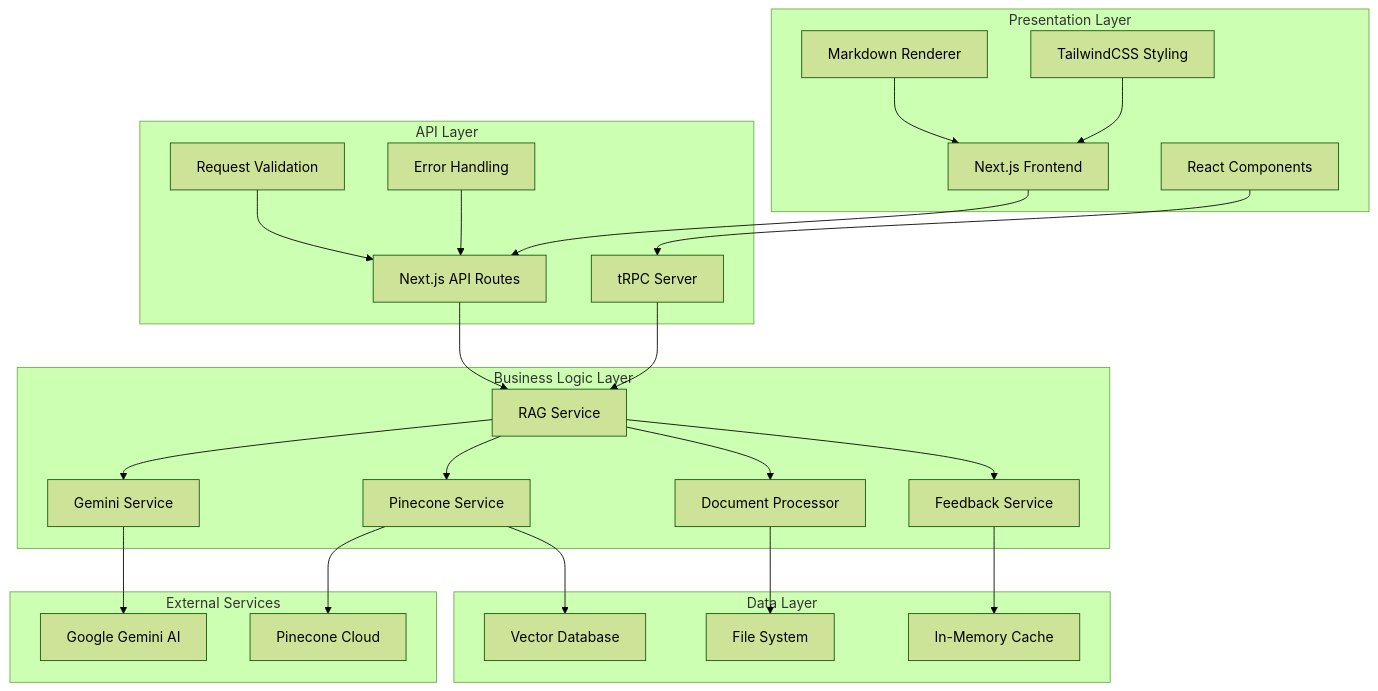
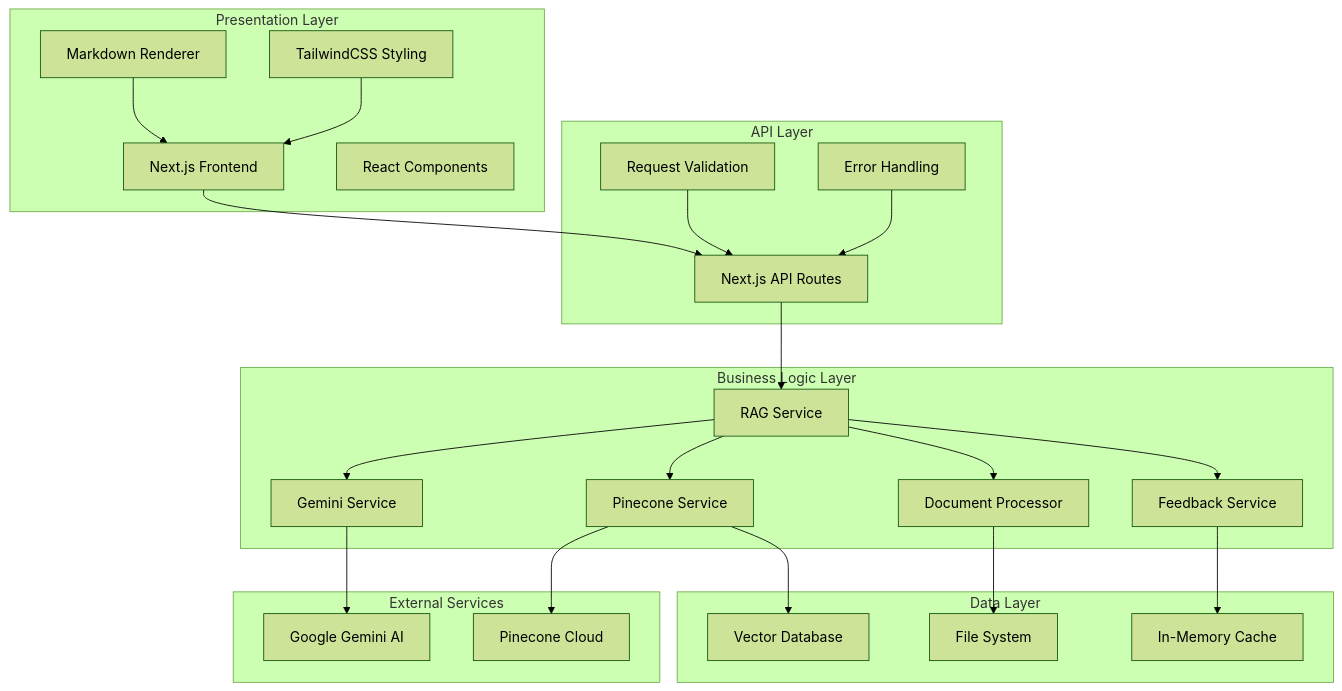
Before and after one commit to iouthnamain/rag-demo: the eighth of 10 diagrams in documents/SRS/RAG-Chatbot-SRS.md, drawn with Mermaid (forest theme). The commit also changed other lines of this file and 5 other files, not shown here.

````diff
--- a/documents/SRS/RAG-Chatbot-SRS.md
+++ b/documents/SRS/RAG-Chatbot-SRS.md
@@ -436,57 +433,54 @@
 ```mermaid
 graph TB
     subgraph "Presentation Layer"
         A[Next.js Frontend]
         B[React Components]
         C[Markdown Renderer]
         D[TailwindCSS Styling]
     end
     
     subgraph "API Layer"
         E[Next.js API Routes]
-        F[tRPC Server]
         G[Request Validation]
         H[Error Handling]
     end
     
     subgraph "Business Logic Layer"
         I[RAG Service]
         J[Gemini Service]
         K[Pinecone Service]
         L[Document Processor]
         M[Feedback Service]
     end
     
     subgraph "Data Layer"
         N[Vector Database]
         O[File System]
         P[In-Memory Cache]
     end
     
     subgraph "External Services"
         Q[Google Gemini AI]
         R[Pinecone Cloud]
     end
     
     A --> E
-    B --> F
     C --> A
     D --> A
     
     E --> I
-    F --> I
     G --> E
     H --> E
     
     I --> J
     I --> K
     I --> L
     I --> M
     
     J --> Q
     K --> R
     L --> O
     M --> P
     
     K --> N
 ```
````
